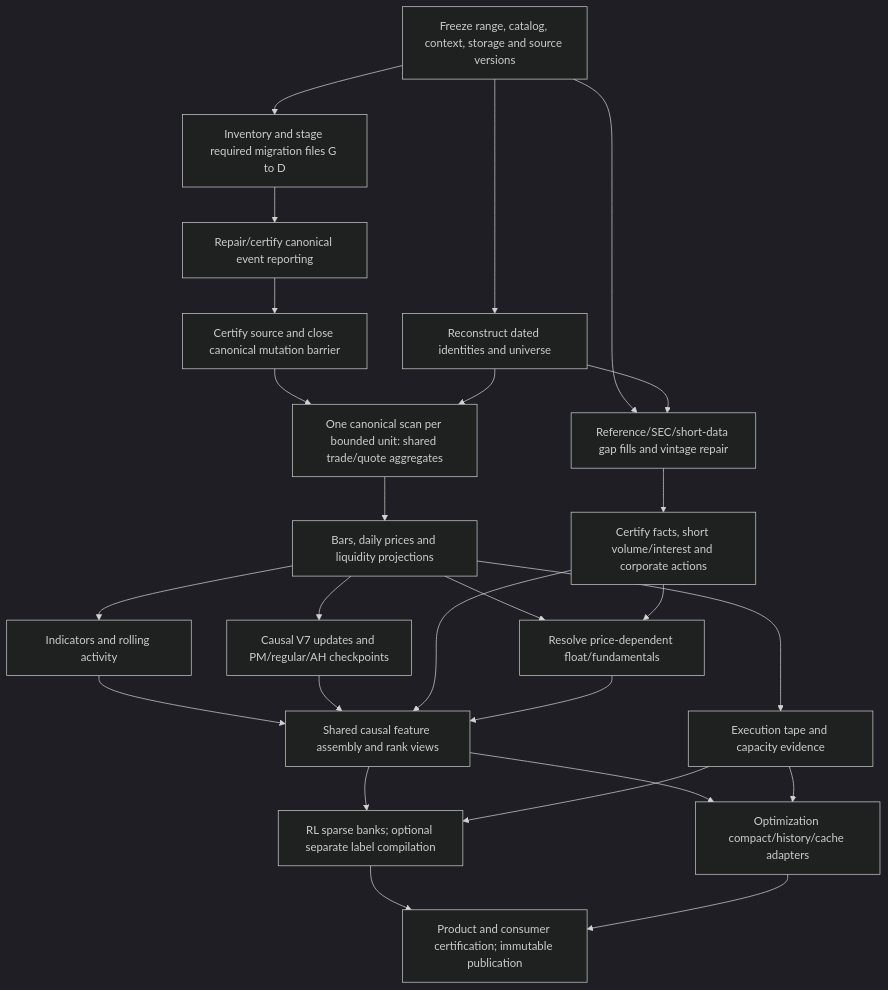
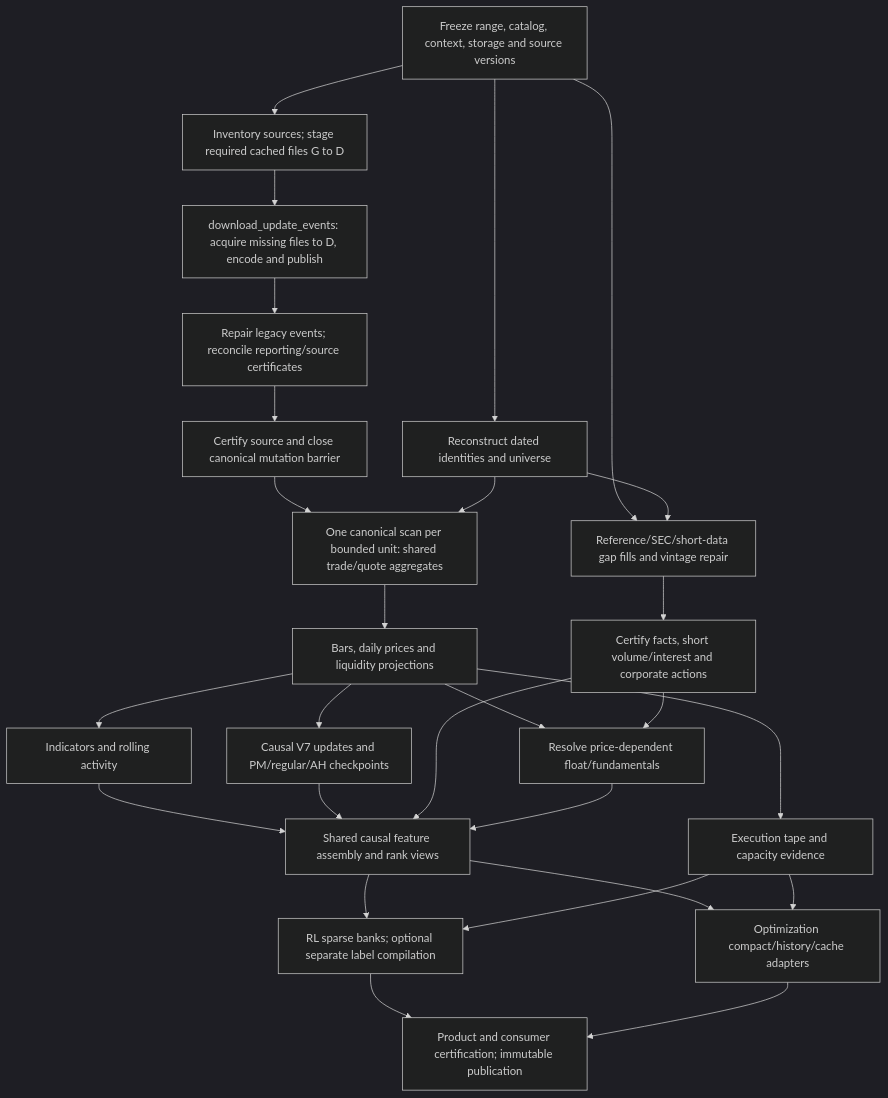
The diagram in docs/data_contracts/certified_research_dataset_design.md (farajimhd/quant-research-workbench), drawn with Mermaid (dark theme) before and after one commit. The commit also changed other lines of this file, not shown here.

Commit message:
docs(data): integrate event acquisition and compact persistence

````diff
--- a/docs/data_contracts/certified_research_dataset_design.md
+++ b/docs/data_contracts/certified_research_dataset_design.md
@@ -176,28 +188,29 @@
 ```mermaid
 flowchart TD
  P[Freeze range, catalog, context, storage and source versions] --> U[Reconstruct dated identities and universe]
  P --> R[Reference/SEC/short-data gap fills and vintage repair]
- P --> H[Inventory and stage required migration files G to D]
- H --> M[Repair/certify canonical event reporting]
+ P --> H[Inventory sources; stage required cached files G to D]
+ H --> Q[download_update_events: acquire missing files to D, encode and publish]
+ Q --> M[Repair legacy events; reconcile reporting/source certificates]
  M --> S[Certify source and close canonical mutation barrier]
  S --> A[One canonical scan per bounded unit: shared trade/quote aggregates]
  U --> A
  A --> B[Bars, daily prices and liquidity projections]
  B --> I[Indicators and rolling activity]
  B --> V[Causal V7 updates and PM/regular/AH checkpoints]
  B --> E[Execution tape and capacity evidence]
  U --> R
  R --> F[Certify facts, short volume/interest and corporate actions]
  B --> D[Resolve price-dependent float/fundamentals]
  F --> D
  I --> C[Shared causal feature assembly and rank views]
  V --> C
  F --> C
  D --> C
  C --> RL[RL sparse banks; optional separate label compilation]
  C --> O[Optimization compact/history/cache adapters]
  E --> RL
  E --> O
  RL --> Z[Product and consumer certification; immutable publication]
  O --> Z
 ```
````
